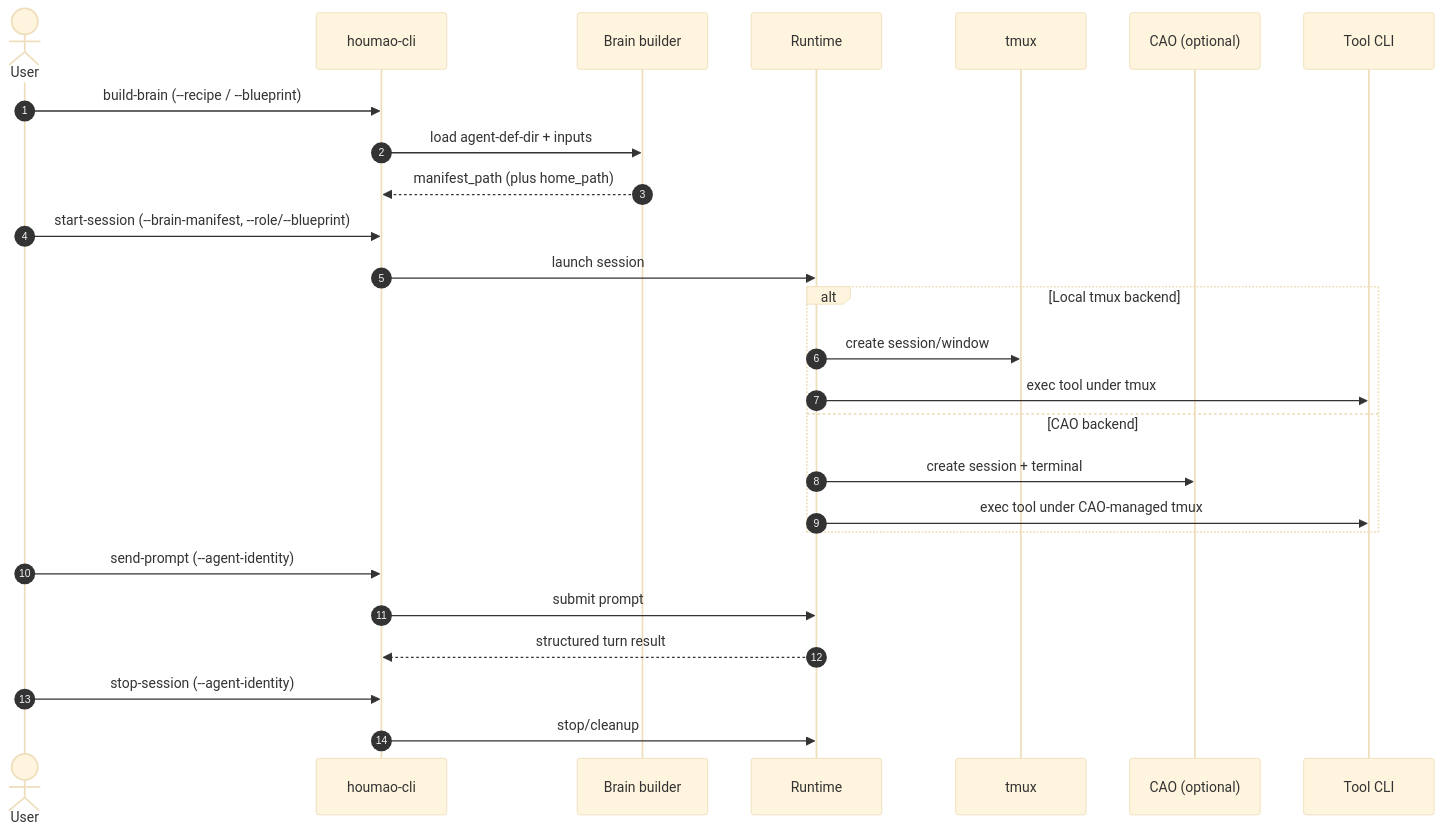
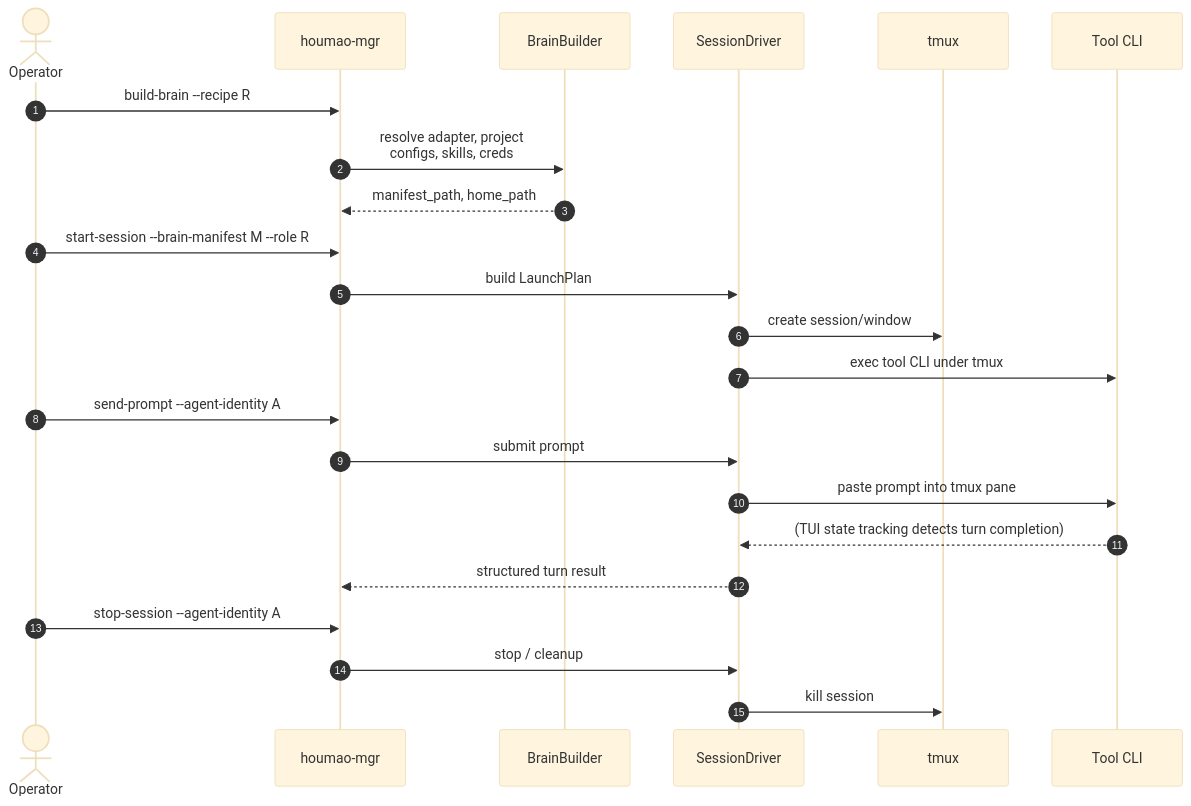
Before and after one commit to igamenovoer/houmao: the second of 2 diagrams in README.md, drawn with Mermaid (base theme). The commit also changed other lines of this file, not shown here.

First line of the commit message:
docs: revise README technical sections — houmao-mgr as primary, remove CAO/demo prominence

````diff
--- a/README.md
+++ b/README.md
@@ -424,33 +365,29 @@
 ```mermaid
 sequenceDiagram
     autonumber
-    actor User
-    participant CLI as houmao-cli
-    participant Builder as Brain builder
-    participant Runtime as Runtime
-    participant TMUX as tmux
-    participant CAO as CAO (optional)
+    actor Op as Operator
+    participant Mgr as houmao-mgr
+    participant Bld as BrainBuilder
+    participant Drv as SessionDriver
+    participant Tmux as tmux
     participant Tool as Tool CLI
 
-    User->>CLI: build-brain (--recipe / --blueprint)
-    CLI->>Builder: load agent-def-dir + inputs
-    Builder-->>CLI: manifest_path (plus home_path)
+    Op->>Mgr: build-brain --recipe R
+    Mgr->>Bld: resolve adapter, project<br/>configs, skills, creds
+    Bld-->>Mgr: manifest_path, home_path
 
-    User->>CLI: start-session (--brain-manifest, --role/--blueprint)
-    CLI->>Runtime: launch session
+    Op->>Mgr: start-session --brain-manifest M --role R
+    Mgr->>Drv: build LaunchPlan
+    Drv->>Tmux: create session/window
+    Drv->>Tool: exec tool CLI under tmux
 
-    alt Local tmux backend
-        Runtime->>TMUX: create session/window
-        Runtime->>Tool: exec tool under tmux
-    else CAO backend
-        Runtime->>CAO: create session + terminal
-        Runtime->>Tool: exec tool under CAO-managed tmux
-    end
+    Op->>Mgr: send-prompt --agent-identity A
+    Mgr->>Drv: submit prompt
+    Drv->>Tool: paste prompt into tmux pane
+    Tool-->>Drv: (TUI state tracking detects turn completion)
+    Drv-->>Mgr: structured turn result
 
-    User->>CLI: send-prompt (--agent-identity)
-    CLI->>Runtime: submit prompt
-    Runtime-->>CLI: structured turn result
-
-    User->>CLI: stop-session (--agent-identity)
-    CLI->>Runtime: stop/cleanup
+    Op->>Mgr: stop-session --agent-identity A
+    Mgr->>Drv: stop / cleanup
+    Drv->>Tmux: kill session
 ```
````
